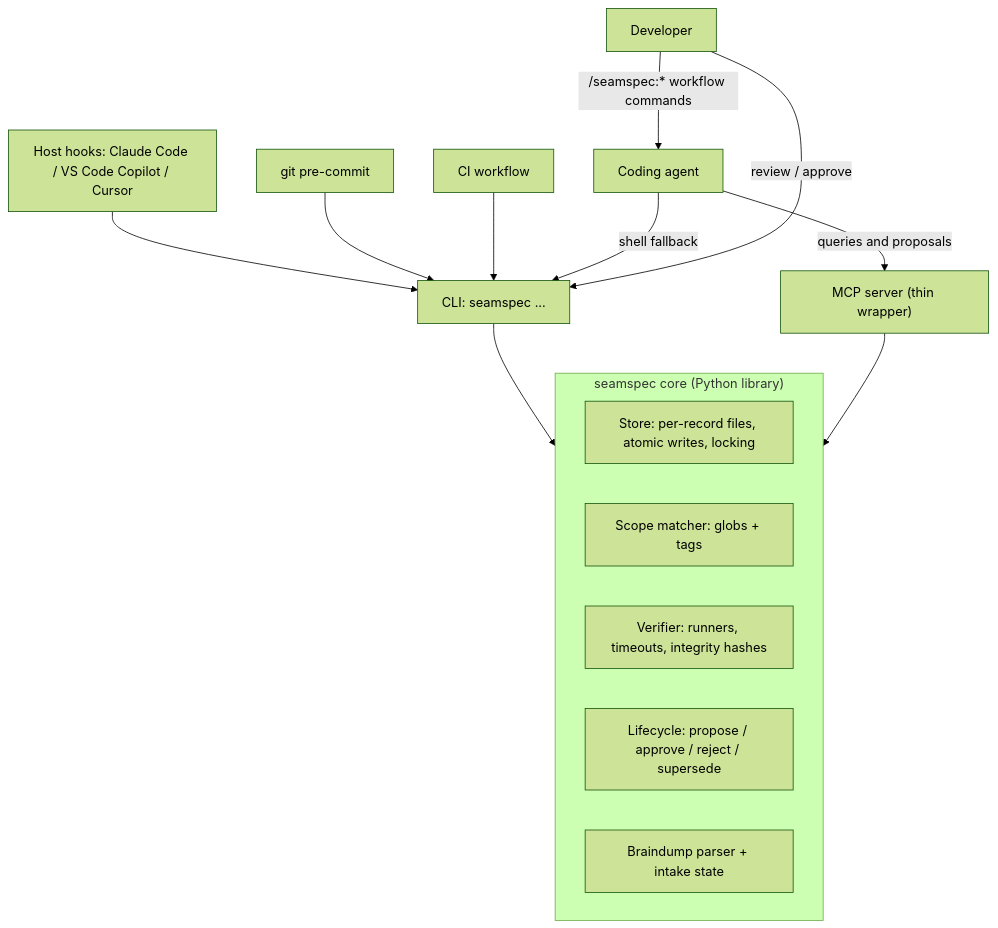
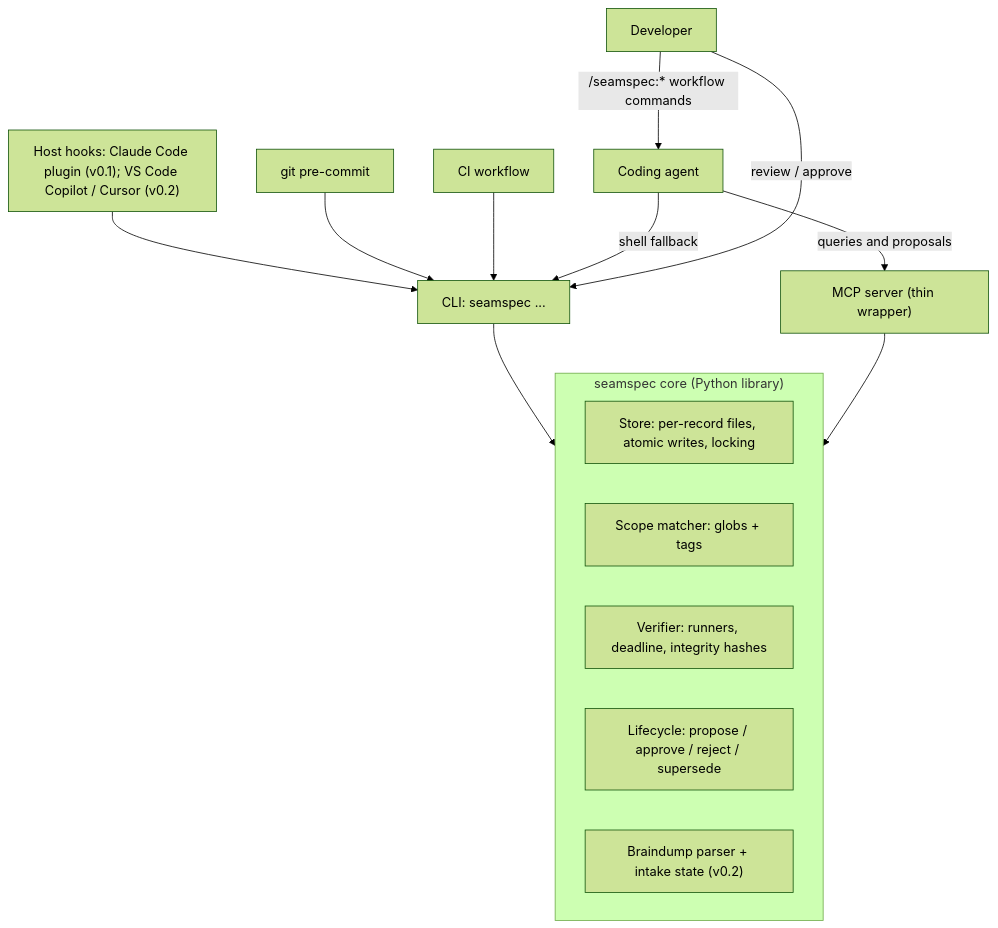
The first of 4 diagrams in docs/SPEC.md (seamspec/seamspec), drawn with Mermaid (forest theme) before and after one commit. The commit also changed other lines of this file, not shown here.

Commit message:
Apply peer review: v0.1 scope cut, Claude Code plugin, verifier hardening

````diff
--- a/docs/SPEC.md
+++ b/docs/SPEC.md
@@ -195,24 +211,24 @@
 ```mermaid
 flowchart TB
     subgraph Core["seamspec core (Python library)"]
         Store["Store: per-record files, atomic writes, locking"]
         Scope["Scope matcher: globs + tags"]
-        Verifier["Verifier: runners, timeouts, integrity hashes"]
+        Verifier["Verifier: runners, deadline, integrity hashes"]
         Lifecycle["Lifecycle: propose / approve / reject / supersede"]
-        Braindump["Braindump parser + intake state"]
+        Braindump["Braindump parser + intake state (v0.2)"]
     end
 
     CLI["CLI: seamspec ..."]
     MCP["MCP server (thin wrapper)"]
 
     CLI --> Core
     MCP --> Core
 
-    Hooks["Host hooks: Claude Code / VS Code Copilot / Cursor"] --> CLI
+    Hooks["Host hooks: Claude Code plugin (v0.1); VS Code Copilot / Cursor (v0.2)"] --> CLI
     Git["git pre-commit"] --> CLI
     CI["CI workflow"] --> CLI
     Agent["Coding agent"] -->|"queries and proposals"| MCP
     Agent -->|"shell fallback"| CLI
     Human["Developer"] -->|"review / approve"| CLI
     Human -->|"/seamspec:* workflow commands"| Agent
 ```
````
